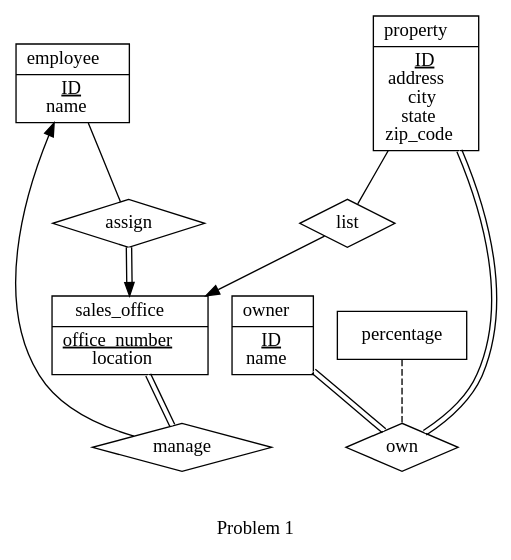
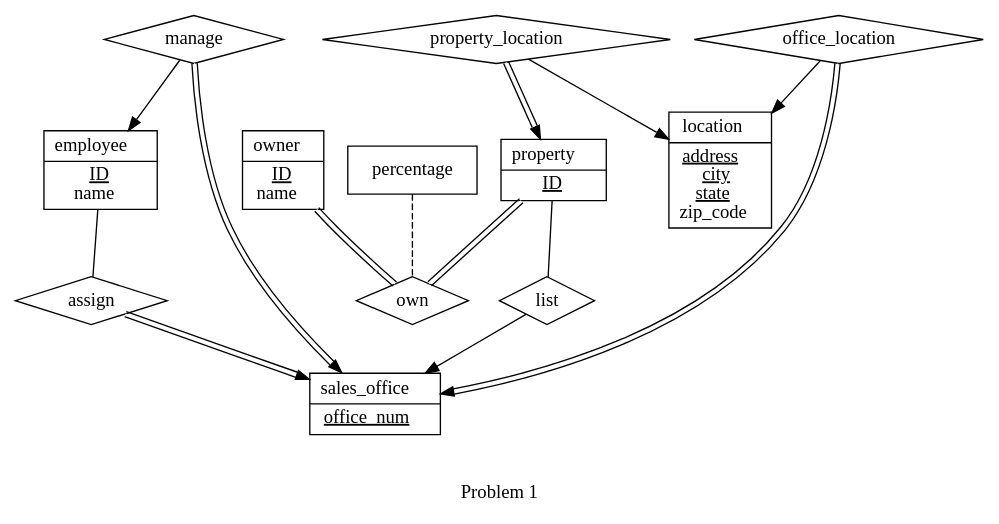
Before and after one commit to t-k-/CIS-637: the diagram in hw2/1.dot, drawn with Graphviz. The commit also changed 4 other files, not shown here.

```diff
--- a/hw2/1.dot
+++ b/hw2/1.dot
@@ -1,49 +1,55 @@
 graph {
     label="\n\n Problem 1"
  
 	{ node[shape="record"]
 	employee
 	[label=<{employee|<u>ID</u><br/>name}>]
 	sales_office 
-	[label=<{sales_office|<u>office_number</u><br/>location}>]
+	[label=<{sales_office|<u>office_num</u>}>]
 	property 
-	[label=<{property|<u>ID</u><br/>address<br/>city<br/>state<br/>zip_code}>]
+	[label=<{property|<u>ID</u>}>]
+	location 
+	[label=<{location|<u>address</u><br/><u>city</u><br/><u>state</u><br/>zip_code}>]
 	owner 
 	[label=<{owner|<u>ID</u><br/>name}>, pos="10,10"]
 	}
     { node[shape="diamond"]
 	assign
 	manage
 	list
 	own
+	office_location
+	property_location
 	}
     { node[shape="box"]
 	percentage
 	}
  
 	{ edge[dir=none]
 	property -- list
 	employee -- assign
 	}
 	{ edge[dir=forward]
 	manage -- employee
 	list -- sales_office
+	office_location -- location 
+	property_location -- location 
 	}
 	{ edge[dir=forward, color="black:white:black"]
 	assign -- sales_office
+	office_location -- sales_office
+	property_location -- property 
+	manage -- sales_office
 	}
 	{ edge[color="black:white:black"]
-	sales_office -- manage
 	owner -- own
 	property -- own
 	}
 	{ edge[style="dashed"]
 	percentage -- own
 	}
 	{ edge[]
 	}
 	{ edge[style=invis]
-	owner -- manage
-	percentage -- manage
 	}
 }
```
